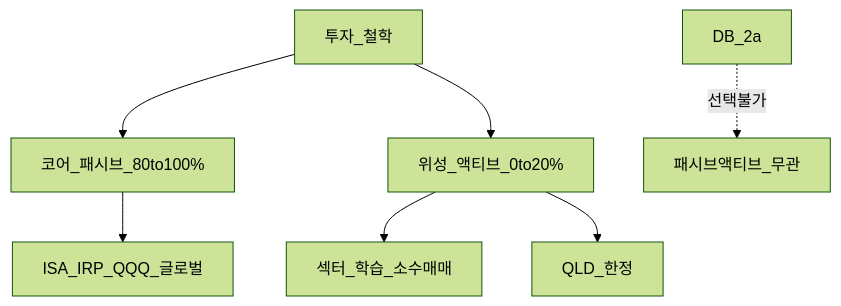
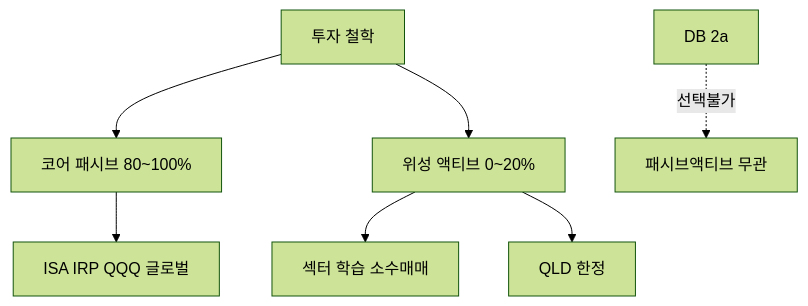
Before and after one commit to goldanghenry/Finances: the first of 2 diagrams in 04-portfolio/passive-vs-active.md, drawn with Mermaid (forest theme). The commit also changed other lines of this file and 211 other files, not shown here.

````diff
--- a/04-portfolio/passive-vs-active.md
+++ b/04-portfolio/passive-vs-active.md
@@ -107,10 +101,10 @@
 ```mermaid
 flowchart TD
-  Phil[투자_철학]
-  Phil --> CoreP[코어_패시브_80to100%]
-  Phil --> SatA[위성_액티브_0to20%]
-  CoreP --> ISA[ISA_IRP_QQQ_글로벌]
-  SatA --> Learn[섹터_학습_소수매매]
-  SatA --> QLD[QLD_한정]
-  DB[DB_2a] -.->|선택불가| X[패시브액티브_무관]
+  Phil["투자 철학"]
+  Phil --> CoreP["코어 패시브 80~100%"]
+  Phil --> SatA["위성 액티브 0~20%"]
+  CoreP --> ISA["ISA IRP QQQ 글로벌"]
+  SatA --> Learn["섹터 학습 소수매매"]
+  SatA --> QLD["QLD 한정"]
+  DB["DB 2a"] -.->|선택불가| X["패시브액티브 무관"]
 ```
````
